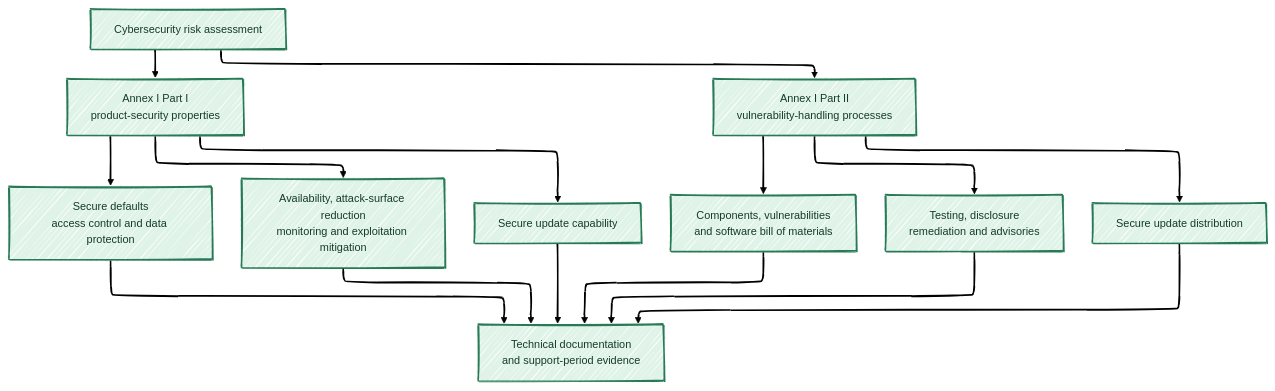
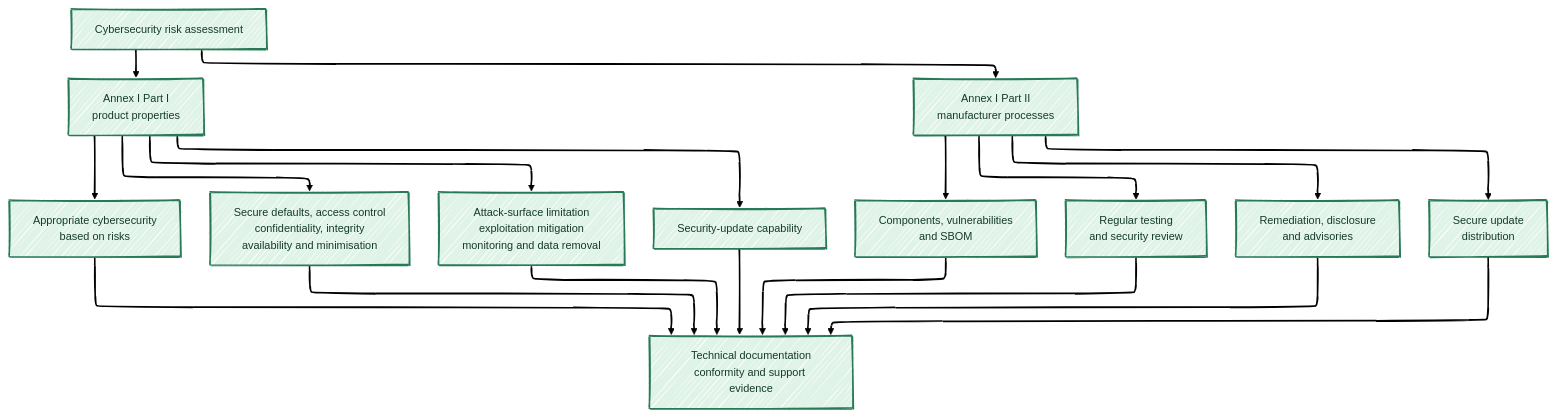
One commit to antomon/antomon.github.io changed the sixth of 18 diagrams in longforms/cyber-resilience-act-the-new-product-security-baseline/index.qmd. Above: the diagram before and after it, drawn with Mermaid. The commit also changed other lines of this file and 54 other files, not shown here.

````diff
--- a/longforms/cyber-resilience-act-the-new-product-security-baseline/index.qmd
+++ b/longforms/cyber-resilience-act-the-new-product-security-baseline/index.qmd
@@ -339,38 +800,48 @@
 ```{mermaid}
 %%| label: fig-cyber-resilience-act-the-new-product-security-baseline-annex-one-control-system
-%%| fig-cap: "Annex I connects risk-selected product properties with continuing vulnerability-handling processes."
-%%| fig-alt: "The risk assessment branches into Part I product properties and Part II manufacturer processes. Product properties include secure defaults, access control, data protection, resilience, limited attack surface, monitoring, and update capability. Manufacturer processes include an SBOM, vulnerability intake, testing, remediation, coordinated disclosure, secure distribution, and advisory information. Both branches converge in technical documentation and continuing support."
+%%| fig-cap: "Annex I combines risk-based product-security properties with continuing manufacturer vulnerability-handling processes."
+%%| fig-alt: "A cybersecurity risk assessment feeds two branches. Part I contains a general risk-based cybersecurity requirement and, where applicable, product properties including secure defaults, access control, confidentiality, integrity, availability, data minimisation, attack-surface reduction, exploitation mitigation, logging, data removal, and update capability. Part II contains manufacturer processes including component and vulnerability records, an SBOM, regular testing, remediation, coordinated disclosure, vulnerability reporting channels, secure update distribution, and advisories. Both branches feed technical documentation, conformity evidence, and support-period operations."
 %%| fig-align: center
 %%{init: {"theme": "neo", "look": "handDrawn", "layout": "elk"}}%%
 flowchart TB
     RISK[Cybersecurity risk assessment]:::product
-    PARTI[Annex I Part I<br/>product-security properties]:::product
-    PARTII[Annex I Part II<br/>vulnerability-handling processes]:::product
 
-    DEFAULTS[Secure defaults<br/>access control and data protection]:::product
-    RESILIENCE[Availability, attack-surface reduction<br/>monitoring and exploitation mitigation]:::product
-    UPDATECAP[Secure update capability]:::product
+    PARTI[Annex I Part I<br/>product properties]:::product
+    PARTII[Annex I Part II<br/>manufacturer processes]:::product
 
-    INVENTORY[Components, vulnerabilities<br/>and software bill of materials]:::product
-    PROCESS[Testing, disclosure<br/>remediation and advisories]:::product
-    DISTRIBUTION[Secure update distribution]:::product
+    BASE[Appropriate cybersecurity<br/>based on risks]:::product
+    PROTECT[Secure defaults, access control<br/>confidentiality, integrity<br/>availability and minimisation]:::product
+    REDUCE[Attack-surface limitation<br/>exploitation mitigation<br/>monitoring and data removal]:::product
+    UPDATECAP[Security-update capability]:::product
 
-    EVIDENCE[Technical documentation<br/>and support-period evidence]:::product
+    INVENTORY[Components, vulnerabilities<br/>and SBOM]:::product
+    TEST[Regular testing<br/>and security review]:::product
+    REMEDIATE[Remediation, disclosure<br/>and advisories]:::product
+    DISTRIBUTE[Secure update<br/>distribution]:::product
+
+    EVIDENCE[Technical documentation<br/>conformity and support evidence]:::product
 
     RISK --> PARTI
     RISK --> PARTII
-    PARTI --> DEFAULTS
-    PARTI --> RESILIENCE
+
+    PARTI --> BASE
+    PARTI --> PROTECT
+    PARTI --> REDUCE
     PARTI --> UPDATECAP
+
     PARTII --> INVENTORY
-    PARTII --> PROCESS
-    PARTII --> DISTRIBUTION
-    DEFAULTS --> EVIDENCE
-    RESILIENCE --> EVIDENCE
+    PARTII --> TEST
+    PARTII --> REMEDIATE
+    PARTII --> DISTRIBUTE
+
+    BASE --> EVIDENCE
+    PROTECT --> EVIDENCE
+    REDUCE --> EVIDENCE
     UPDATECAP --> EVIDENCE
     INVENTORY --> EVIDENCE
-    PROCESS --> EVIDENCE
-    DISTRIBUTION --> EVIDENCE
+    TEST --> EVIDENCE
+    REMEDIATE --> EVIDENCE
+    DISTRIBUTE --> EVIDENCE
 
     classDef product fill:#dff3e8,stroke:#287a57,stroke-width:2px,color:#153b2b;
 ```
````
